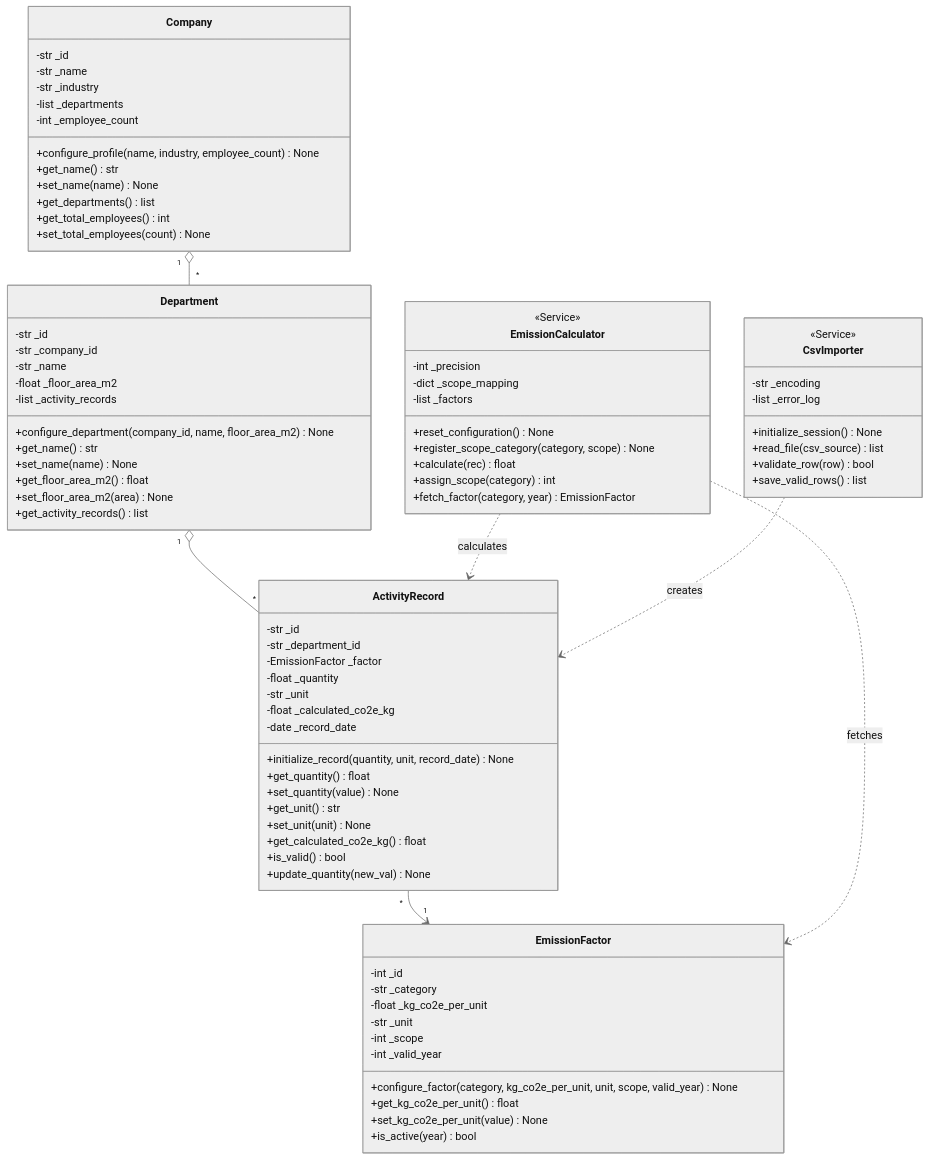
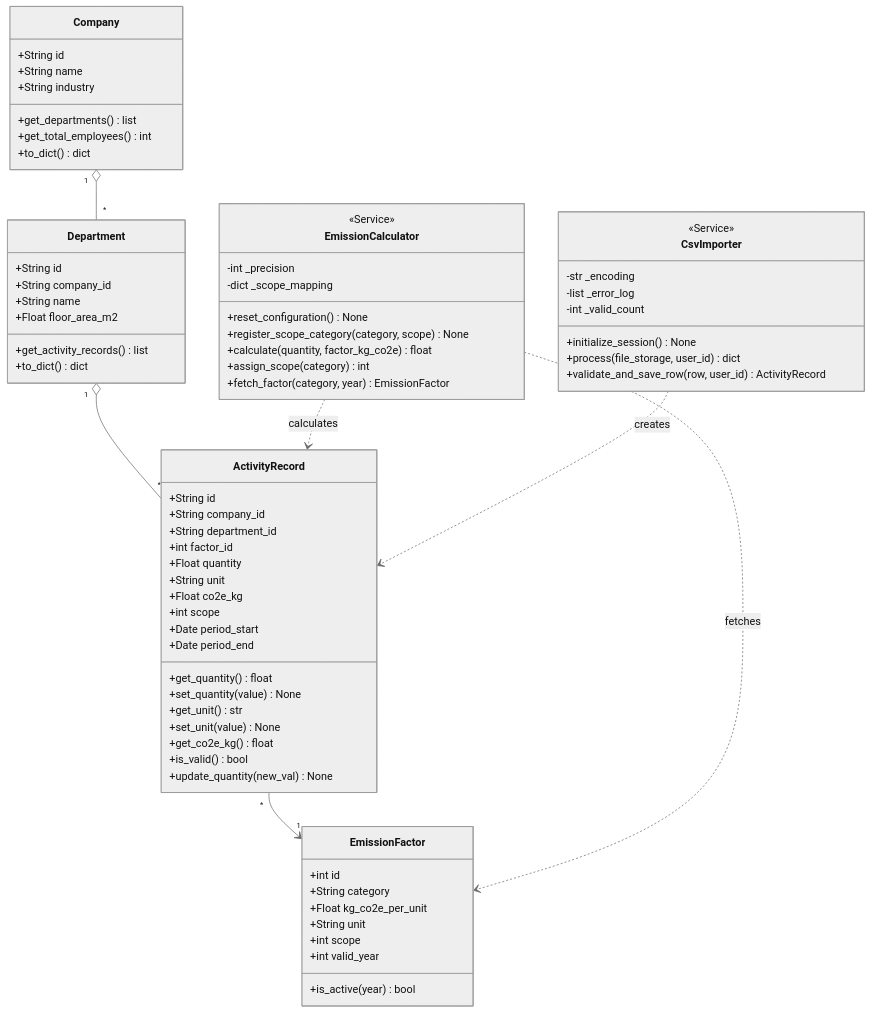
Before and after one commit to M-AA-B/CPC-Python-Capstone-Project: the first of 4 diagrams in README.md, drawn with Mermaid (neutral theme). The commit also changed other lines of this file and 76 other files, not shown here.

````diff
--- a/README.md
+++ b/README.md
@@ -39,61 +39,50 @@
 ```mermaid
 classDiagram
     class Company {
-        -str _id
-        -str _name
-        -str _industry
-        -list _departments
-        -int _employee_count
-        +configure_profile(name, industry, employee_count) None
-        +get_name() str
-        +set_name(name) None
+        +String id
+        +String name
+        +String industry
         +get_departments() list
         +get_total_employees() int
-        +set_total_employees(count) None
+        +to_dict() dict
     }
 
     class Department {
-        -str _id
-        -str _company_id
-        -str _name
-        -float _floor_area_m2
-        -list _activity_records
-        +configure_department(company_id, name, floor_area_m2) None
-        +get_name() str
-        +set_name(name) None
-        +get_floor_area_m2() float
-        +set_floor_area_m2(area) None
+        +String id
+        +String company_id
+        +String name
+        +Float floor_area_m2
         +get_activity_records() list
+        +to_dict() dict
     }
 
     class ActivityRecord {
-        -str _id
-        -str _department_id
-        -EmissionFactor _factor
-        -float _quantity
-        -str _unit
-        -float _calculated_co2e_kg
-        -date _record_date
-        +initialize_record(quantity, unit, record_date) None
+        +String id
+        +String company_id
+        +String department_id
+        +int factor_id
+        +Float quantity
+        +String unit
+        +Float co2e_kg
+        +int scope
+        +Date period_start
+        +Date period_end
         +get_quantity() float
         +set_quantity(value) None
         +get_unit() str
-        +set_unit(unit) None
-        +get_calculated_co2e_kg() float
+        +set_unit(value) None
+        +get_co2e_kg() float
         +is_valid() bool
         +update_quantity(new_val) None
     }
 
     class EmissionFactor {
-        -int _id
-        -str _category
-        -float _kg_co2e_per_unit
-        -str _unit
-        -int _scope
-        -int _valid_year
-        +configure_factor(category, kg_co2e_per_unit, unit, scope, valid_year) None
-        +get_kg_co2e_per_unit() float
-        +set_kg_co2e_per_unit(value) None
+        +int id
+        +String category
+        +Float kg_co2e_per_unit
+        +String unit
+        +int scope
+        +int valid_year
         +is_active(year) bool
     }
 
@@ -101,10 +90,9 @@
         <<Service>>
         -int _precision
         -dict _scope_mapping
-        -list _factors
         +reset_configuration() None
         +register_scope_category(category, scope) None
-        +calculate(rec) float
+        +calculate(quantity, factor_kg_co2e) float
         +assign_scope(category) int
         +fetch_factor(category, year) EmissionFactor
     }
@@ -113,10 +101,10 @@
         <<Service>>
         -str _encoding
         -list _error_log
+        -int _valid_count
         +initialize_session() None
-        +read_file(csv_source) list
-        +validate_row(row) bool
-        +save_valid_rows() list
+        +process(file_storage, user_id) dict
+        +validate_and_save_row(row, user_id) ActivityRecord
     }
 
     Company "1" o-- "*" Department
````
